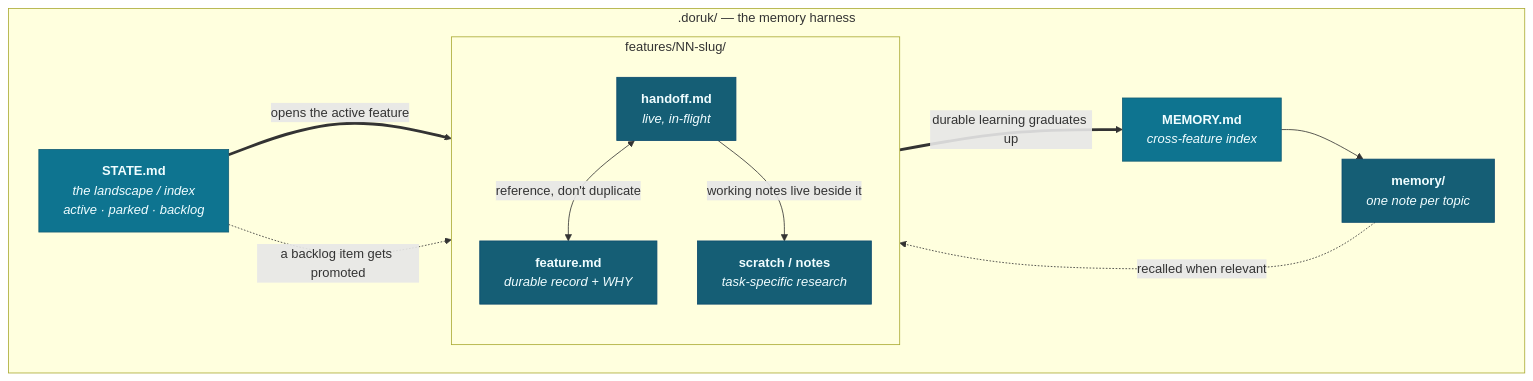
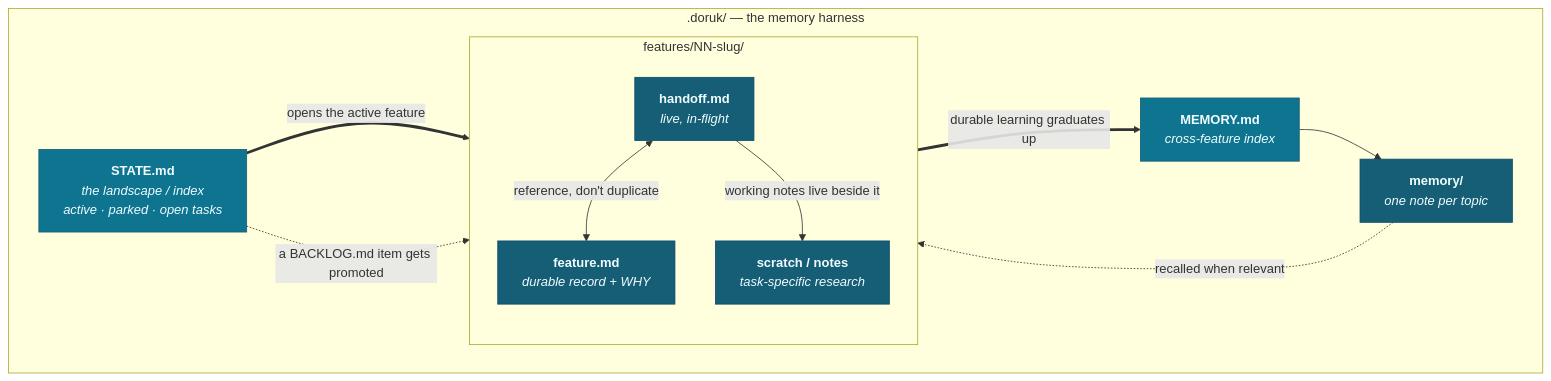
Before and after one commit to doruktarhan/doruk-ai-harness: the second of 2 diagrams in README.md, drawn with Mermaid. The commit also changed other lines of this file and 3 other files, not shown here.

````diff
--- a/README.md
+++ b/README.md
@@ -182,28 +182,28 @@
 ```mermaid
 flowchart LR
     subgraph DK[".doruk/ — the memory harness"]
         direction LR
-        STATE["<b>STATE.md</b><br/><i>the landscape / index<br/>active · parked · backlog</i>"]
+        STATE["<b>STATE.md</b><br/><i>the landscape / index<br/>active · parked · open tasks</i>"]
         subgraph FEAT["features/NN-slug/"]
             direction TB
             HND["<b>handoff.md</b><br/><i>live, in-flight</i>"]
             REC["<b>feature.md</b><br/><i>durable record + WHY</i>"]
             SCR["<b>scratch / notes</b><br/><i>task-specific research</i>"]
         end
         IDX["<b>MEMORY.md</b><br/><i>cross-feature index</i>"]
         MEM["<b>memory/</b><br/><i>one note per topic</i>"]
     end
 
     STATE ==>|"opens the active feature"| HND
-    STATE -.->|"a backlog item gets promoted"| FEAT
+    STATE -.->|"a BACKLOG.md item gets promoted"| FEAT
     HND <-->|"reference, don't duplicate"| REC
     HND -->|"working notes live beside it"| SCR
     REC ==>|"durable learning graduates up"| IDX
     IDX --> MEM
     MEM -.->|"recalled when relevant"| HND
 
     classDef idx fill:#0e7490,stroke:#155e75,color:#f0fdff;
     classDef rec fill:#155e75,stroke:#0c4a6e,color:#f0fdff;
     class STATE,IDX idx;
     class HND,REC,SCR,MEM rec;
 ```
````
